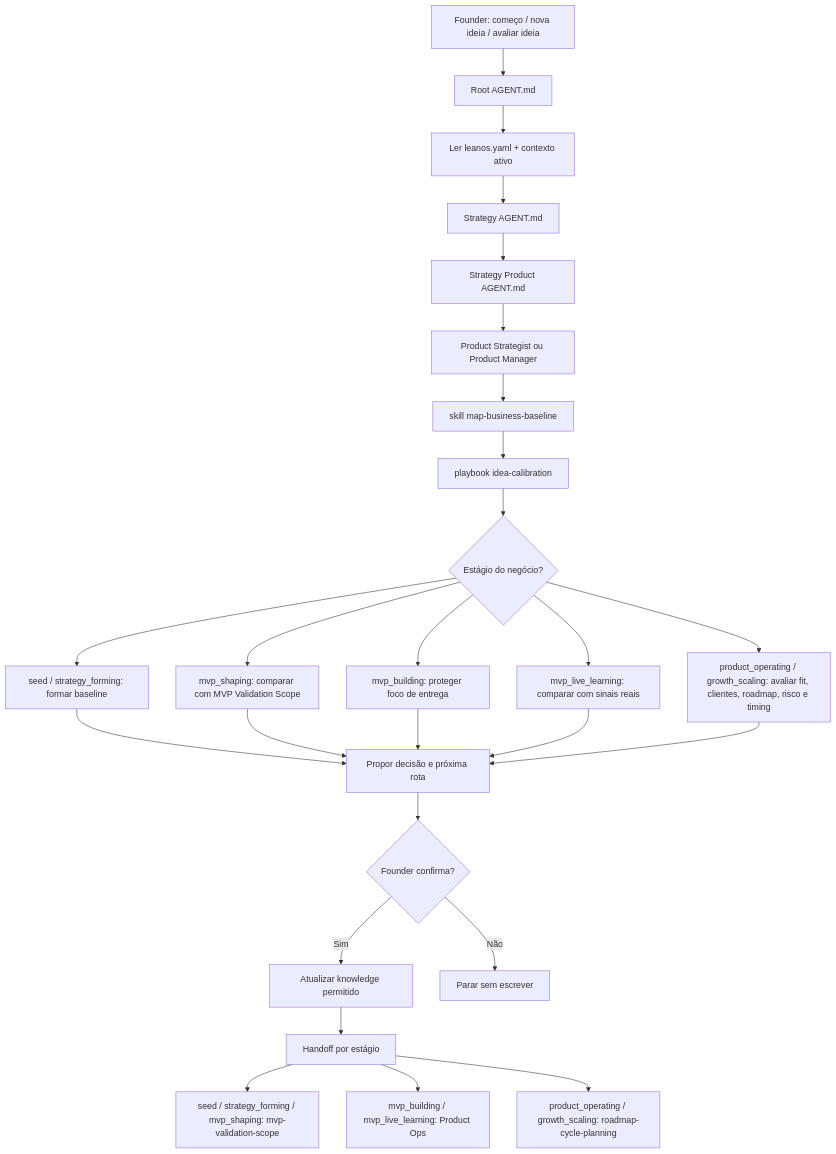
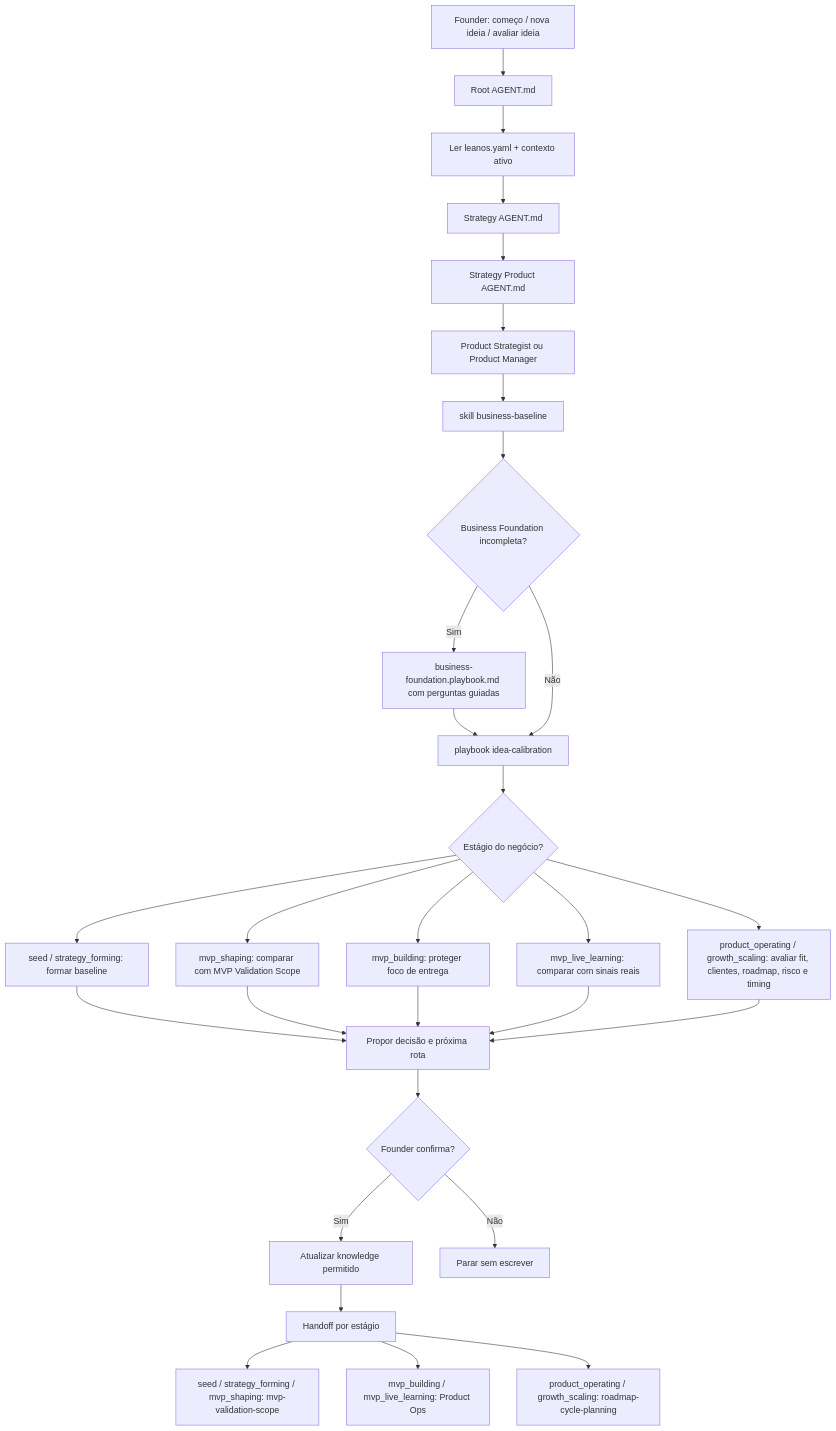
The diagram in docs/framework/founder-journeys/idea-calibration.md (desousajhonny/leanOS), drawn with Mermaid before and after one commit. The commit also changed other lines of this file and 36 other files, not shown here.

Commit message:
feat: add guided business foundation

````diff
--- a/docs/framework/founder-journeys/idea-calibration.md
+++ b/docs/framework/founder-journeys/idea-calibration.md
@@ -25,38 +25,43 @@
 ```mermaid
 flowchart TD
   A["Founder: começo / nova ideia / avaliar ideia"]
   B["Root AGENT.md"]
   C["Ler leanos.yaml + contexto ativo"]
   D["Strategy AGENT.md"]
   E["Strategy Product AGENT.md"]
   F["Product Strategist ou Product Manager"]
-  G["skill map-business-baseline"]
-  H["playbook idea-calibration"]
-  I{"Estágio do negócio?"}
+  G["skill business-baseline"]
+  H{"Business Foundation incompleta?"}
+  W["business-foundation.playbook.md com perguntas guiadas"]
+  I["playbook idea-calibration"]
+  X{"Estágio do negócio?"}
   J["seed / strategy_forming: formar baseline"]
   K["mvp_shaping: comparar com MVP Validation Scope"]
   L["mvp_building: proteger foco de entrega"]
   M["mvp_live_learning: comparar com sinais reais"]
   N["product_operating / growth_scaling: avaliar fit, clientes, roadmap, risco e timing"]
   O["Propor decisão e próxima rota"]
   P{"Founder confirma?"}
   Q["Atualizar knowledge permitido"]
   R["Handoff por estágio"]
   T["seed / strategy_forming / mvp_shaping: mvp-validation-scope"]
   U["mvp_building / mvp_live_learning: Product Ops"]
   V["product_operating / growth_scaling: roadmap-cycle-planning"]
   S["Parar sem escrever"]
 
-  A --> B --> C --> D --> E --> F --> G --> H --> I
-  I --> J --> O
-  I --> K --> O
-  I --> L --> O
-  I --> M --> O
-  I --> N --> O
+  A --> B --> C --> D --> E --> F --> G --> H
+  H -->|Sim| W --> I
+  H -->|Não| I
+  I --> X
+  X --> J --> O
+  X --> K --> O
+  X --> L --> O
+  X --> M --> O
+  X --> N --> O
   O --> P
   P -->|Sim| Q --> R
   R --> T
   R --> U
   R --> V
   P -->|Não| S
 ```
````
